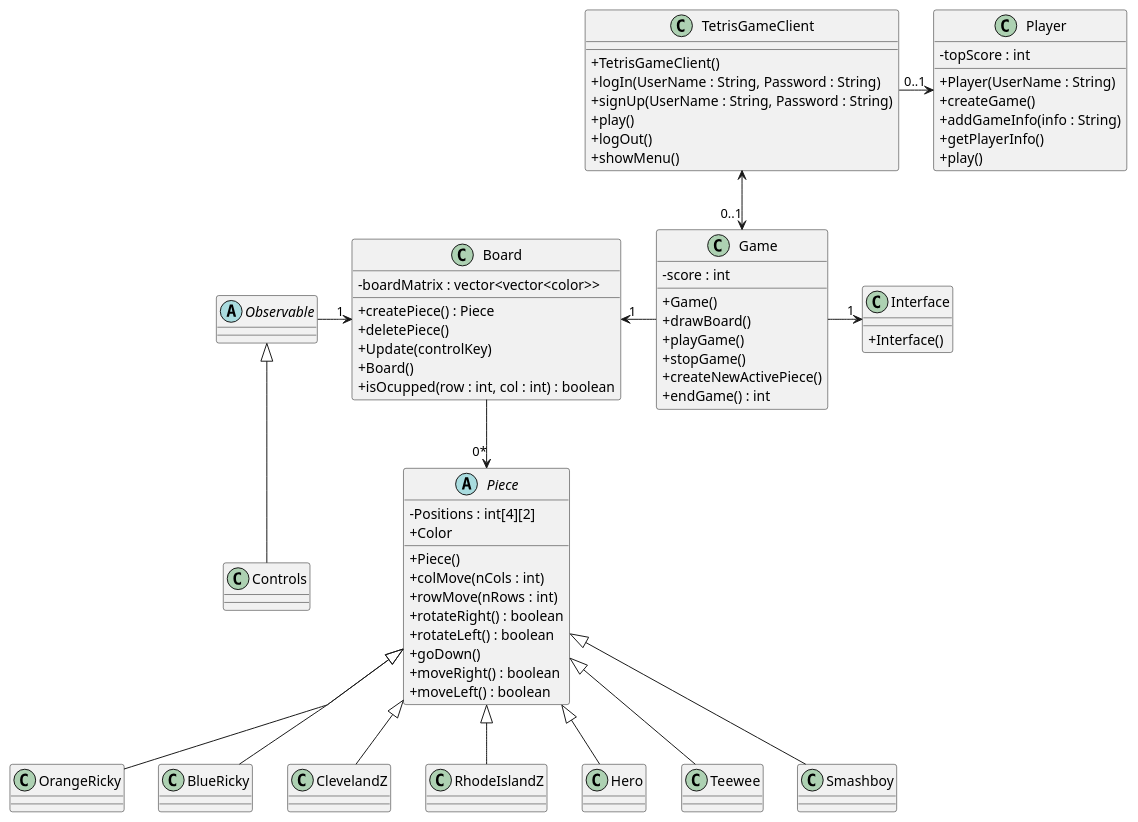
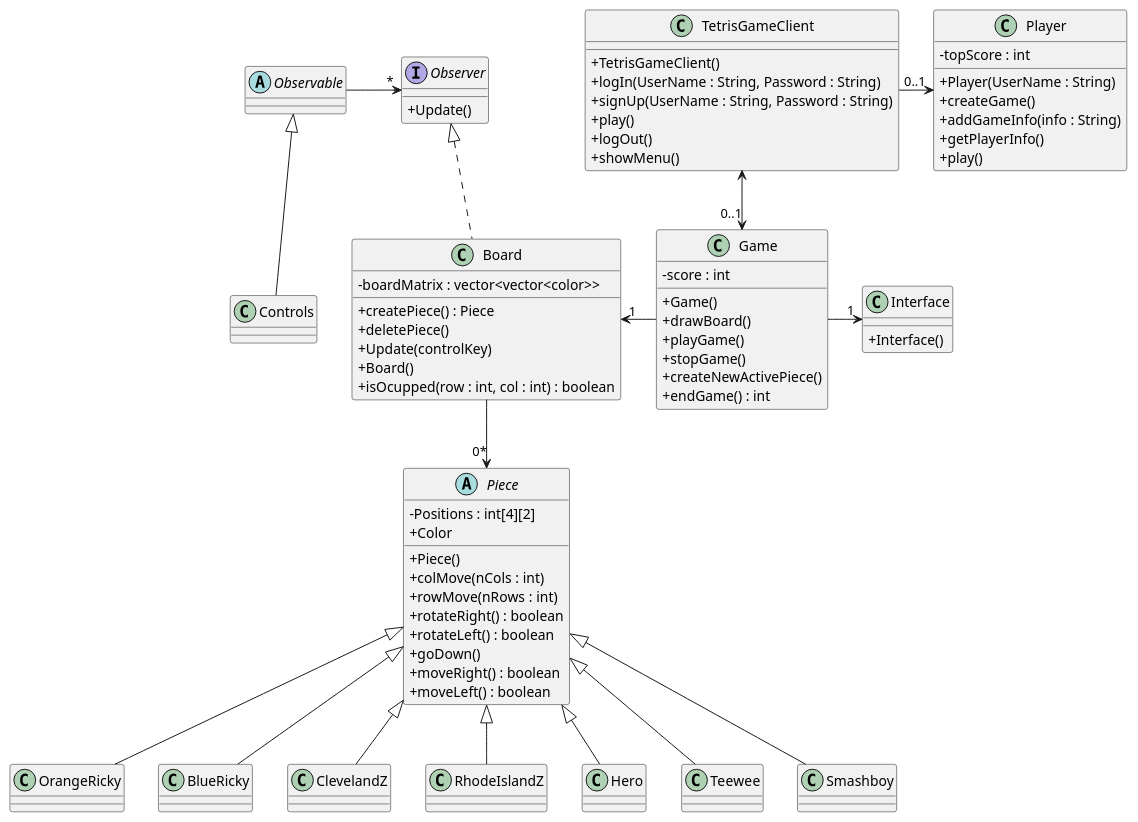
One commit to carles444/TQS-Tetris changed the diagram in src/main/java/TetrisGame/class_design.puml. Above: the diagram before and after it, drawn with PlantUML. The commit also changed 2 other files, not shown here.

Commit message:
board test getters

```diff
--- a/src/main/java/TetrisGame/class_design.puml
+++ b/src/main/java/TetrisGame/class_design.puml
@@ -1,80 +1,83 @@
   @startuml
 
 skinparam classAttributeIconSize 0
 skinparam linetype polyline
 
 class TetrisGameClient {
     + TetrisGameClient()
     + logIn(UserName : String, Password : String)
     + signUp(UserName : String, Password : String)
     + play()
     + logOut()
     + showMenu()  
 }
 
 class Player{
     - topScore : int
     + Player(UserName : String)
     + createGame()
     + addGameInfo(info : String)
     + getPlayerInfo()
     + play()
 }
 
 class Game {
     - score : int
     + Game()
     + drawBoard()
     + playGame()
     + stopGame()
     + createNewActivePiece()
     + endGame() : int
 
 }
 
 abstract class Observable
 class Controls extends Observable
 
-class Board {
+class Board implements Observer {
     + createPiece() : Piece
     + deletePiece()
     + Update(controlKey)
     + Board()
     - boardMatrix : vector<vector<color>>
     + isOcupped(row : int, col : int) : boolean
 
 
 }
 abstract class Piece {
     + Piece()
     - Positions : int[4][2]
     + colMove(nCols : int)
     + rowMove(nRows : int)
     + Color
     + rotateRight() : boolean
     + rotateLeft() : boolean
     + goDown()
     + moveRight() : boolean
     + moveLeft() : boolean
 }
 
 class Interface {
     + Interface()
 }
 
+Interface Observer {
+    + Update()
+}
 class OrangeRicky extends Piece
 class BlueRicky extends Piece
 class ClevelandZ extends Piece
 class RhodeIslandZ extends Piece
 class Hero extends Piece
 class Teewee extends Piece
 class Smashboy extends Piece
 
-Observable -right-> "1" Board
+Observable -right-> "*" Observer
 TetrisGameClient -right-> "0..1" Player
 TetrisGameClient <-down-> "0..1" Game
 Game -left-> "1" Board
 Board -down-> "0*"Piece
 Game -right-> "1" Interface
 
 @enduml
```
